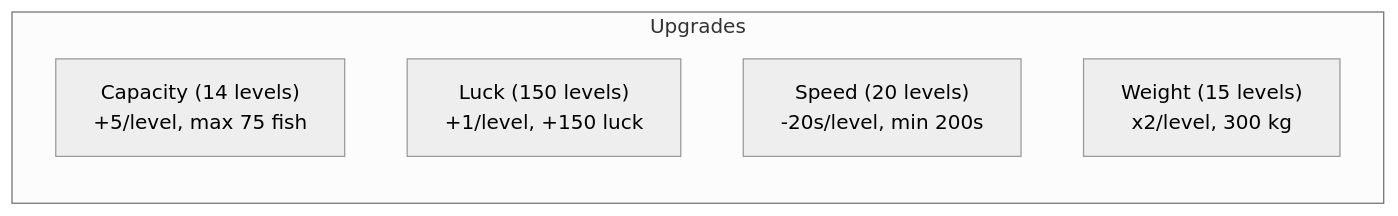
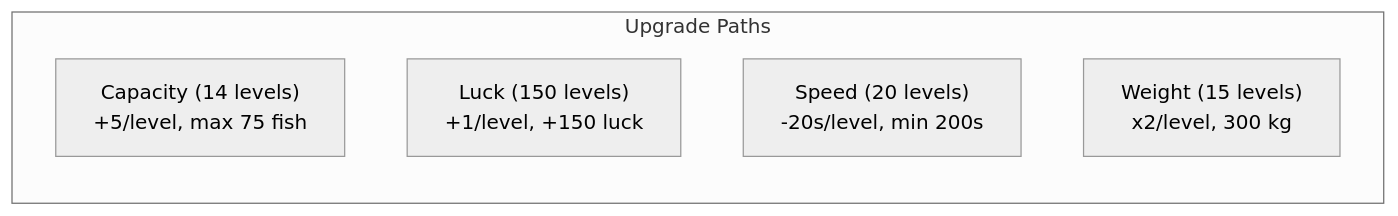
Diagram 11 of 18 in docs/gamedata-en.md (SeaLoong/Fish-Udon-Raw-Ilcode), drawn with Mermaid (neutral theme) before and after one commit. The commit also changed other lines of this file and 1 other file, not shown here.

````diff
--- a/docs/gamedata-en.md
+++ b/docs/gamedata-en.md
@@ -499,9 +919,9 @@
 ```mermaid
 flowchart LR
-    subgraph Upgrades
+    subgraph PetUpgrades["Upgrade Paths"]
         A["Capacity (14 levels)\n+5/level, max 75 fish"]
         B["Luck (150 levels)\n+1/level, +150 luck"]
         C["Speed (20 levels)\n-20s/level, min 200s"]
         D["Weight (15 levels)\nx2/level, 300 kg"]
     end
 ```
````
